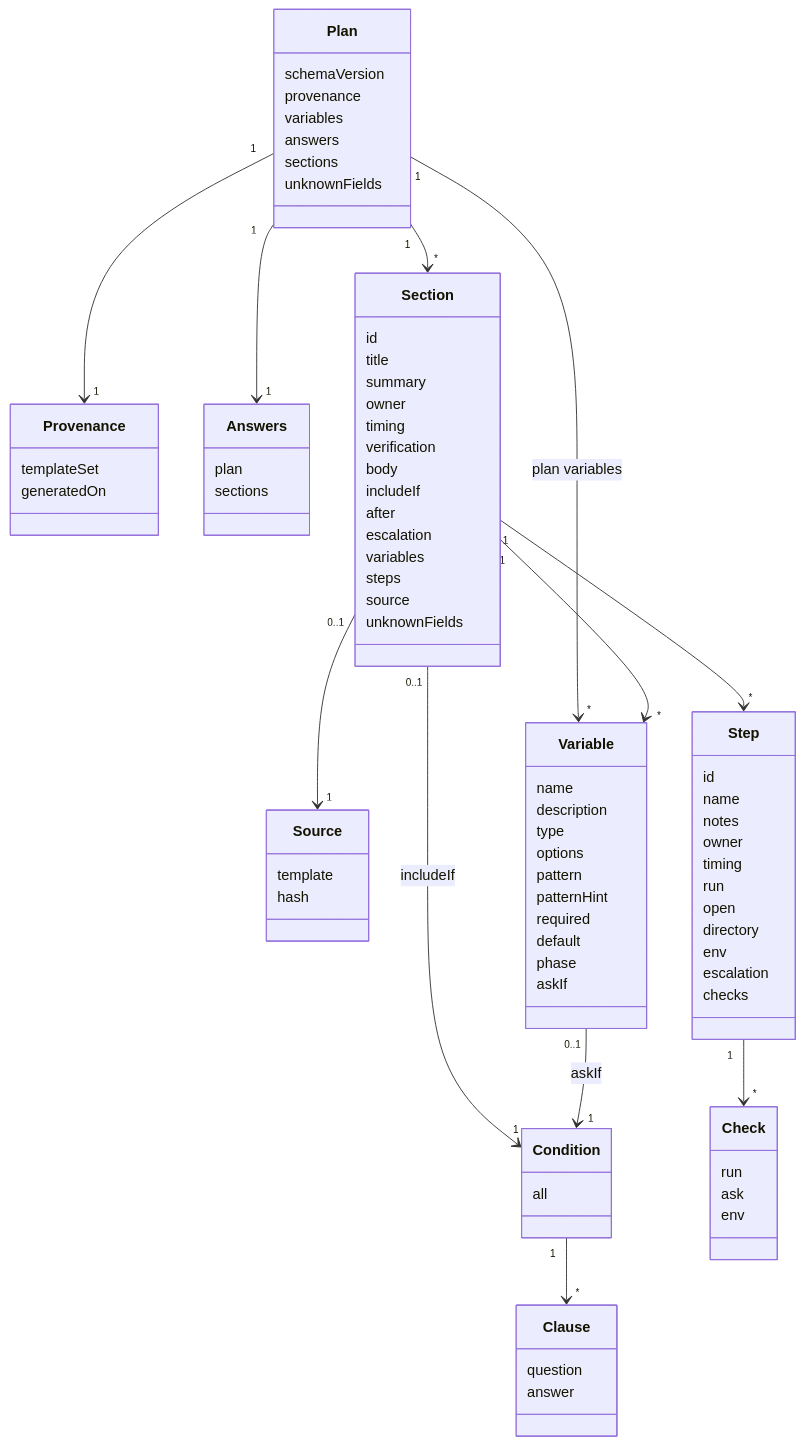
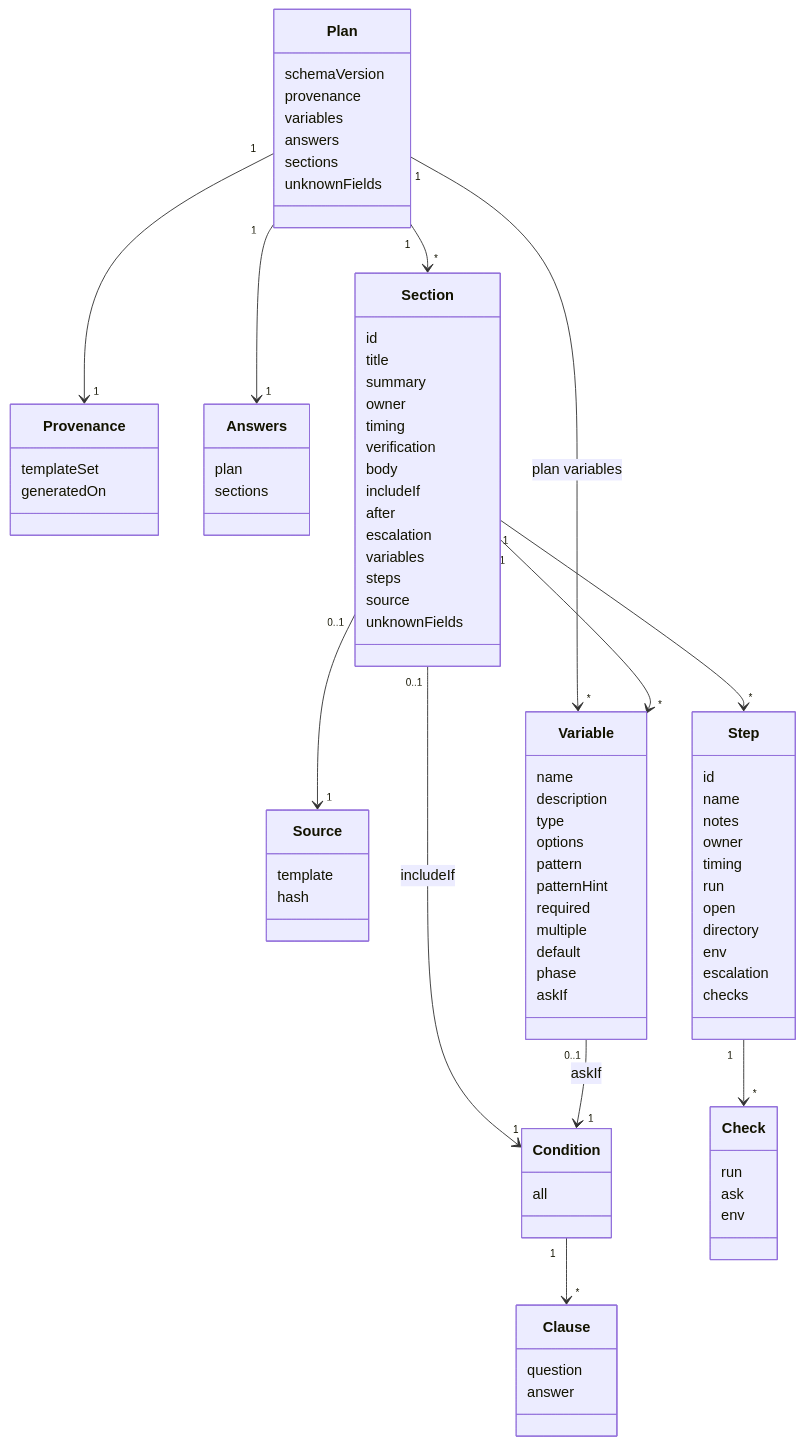
Before and after one commit to 8thlight-daveloper/onboard-kit: the diagram in docs/reference/domain-model.md, drawn with Mermaid. The commit also changed other lines of this file and 12 other files, not shown here.

```diff
--- a/docs/reference/domain-model.md
+++ b/docs/reference/domain-model.md
@@ -62,6 +62,7 @@
         pattern
         patternHint
         required
+        multiple
         default
         phase
         askIf
```
